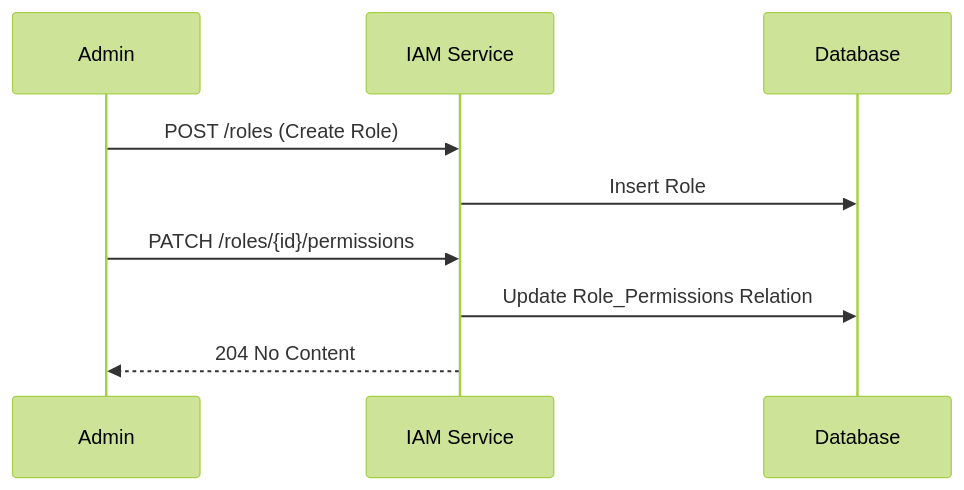
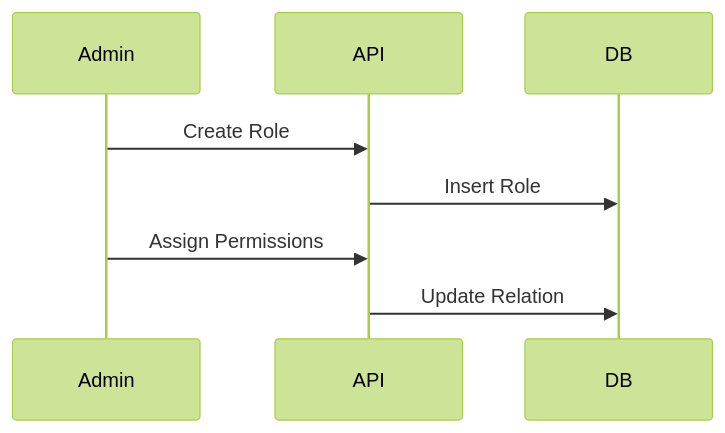
Before and after one commit to vheins/vibe-coding-template: the diagram in .agent/documents/application/modules/iam-security/role-permission-management.md, drawn with Mermaid (forest theme). The commit also changed other lines of this file and 6 other files, not shown here.

````diff
--- a/.agent/documents/application/modules/iam-security/role-permission-management.md
+++ b/.agent/documents/application/modules/iam-security/role-permission-management.md
@@ -24,12 +36,11 @@
 ```mermaid
 sequenceDiagram
     participant Admin
-    participant API as IAM Service
-    participant DB as Database
+    participant API
+    participant DB
 
-    Admin->>API: POST /roles (Create Role)
+    Admin->>API: Create Role
     API->>DB: Insert Role
-    Admin->>API: PATCH /roles/{id}/permissions
-    API->>DB: Update Role_Permissions Relation
-    API-->>Admin: 204 No Content
+    Admin->>API: Assign Permissions
+    API->>DB: Update Relation
 ```
````
